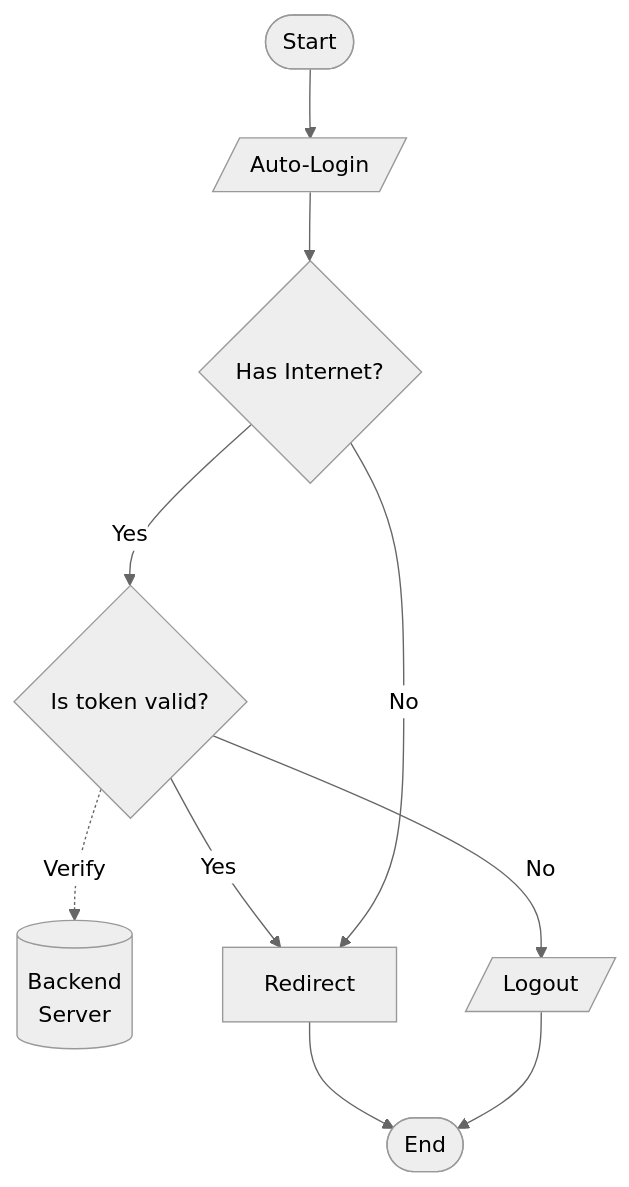
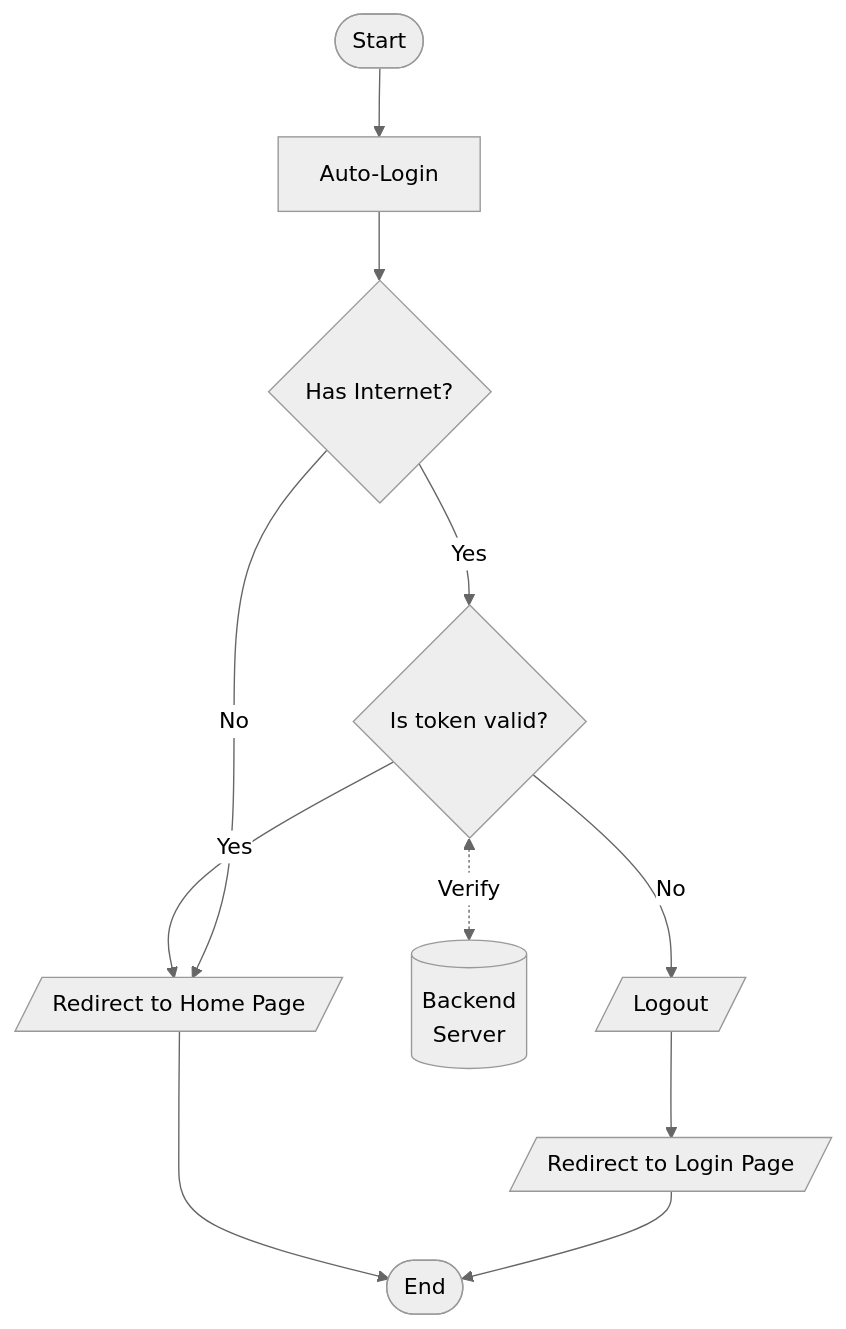
One commit to rirjkl19/css-shared changed the second of 2 diagrams in docs/login-flow.md. Above: the diagram before and after it, drawn with Mermaid (neutral theme).

Commit message:
Fix login flow

````diff
--- a/docs/login-flow.md
+++ b/docs/login-flow.md
@@ -34,23 +34,24 @@
 ```mermaid
 graph TB
     Start([Start])
-    Login[/Auto-Login/]
-    %% Redirect[/Redirect to Home Page/]
+    Login[Auto-Login]
+    RedirectToHome[/Redirect to Home Page/]
+    RedirectToLogin[/Redirect to Login Page/]
     Server[(Backend\nServer)]
     CheckToken{Is token valid?}
     HasInternet{Has Internet?}
-    Error[/Logout/]
+    Logout[/Logout/]
     End([End])
 
     
     Start --> Login
     Login --> HasInternet
     HasInternet --> |Yes| CheckToken
-    CheckToken --> |Yes| Redirect
-    CheckToken -.-> |Verify| Server
-    Redirect --> End
+    CheckToken --> |Yes| RedirectToHome
+    CheckToken <-.-> |Verify| Server
+    RedirectToHome --> End
     
 
-    HasInternet --> |No| Redirect
-    CheckToken --> |No| Error --> End
+    HasInternet --> |No| RedirectToHome
+    CheckToken --> |No| Logout --> RedirectToLogin --> End
 ```
````
